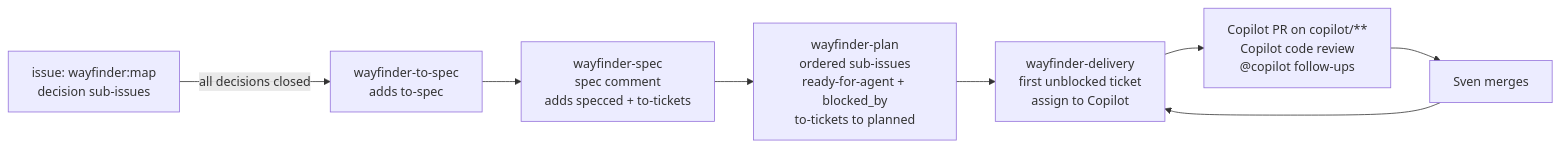
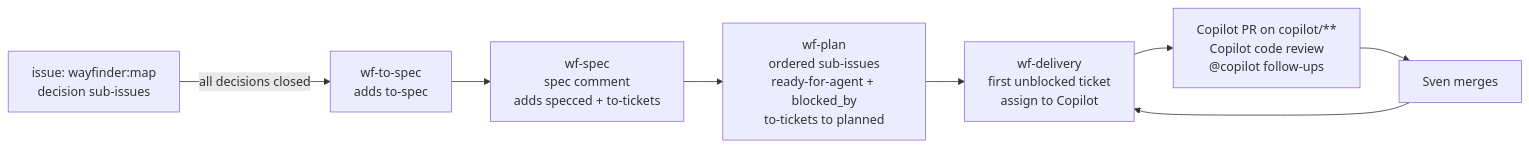
Before and after one commit to svennijhuis/agentic-workflows: the third of 3 diagrams in workflows/README.md, drawn with Mermaid. The commit also changed other lines of this file and 8 other files, not shown here.

Commit message:
wf chain: rename to wf-*, groups and markers; add to-spec and to-tickets skills from turbo-agent-skills-cli@122b266; README

````diff
--- a/workflows/README.md
+++ b/workflows/README.md
@@ -61,10 +63,10 @@
 ```mermaid
 flowchart LR
-  M[issue: wayfinder:map<br/>decision sub-issues] -->|all decisions closed| TS[wayfinder-to-spec<br/>adds to-spec]
-  TS --> SP[wayfinder-spec<br/>spec comment<br/>adds specced + to-tickets]
-  SP --> PL[wayfinder-plan<br/>ordered sub-issues<br/>ready-for-agent + blocked_by<br/>to-tickets to planned]
-  PL --> DL[wayfinder-delivery<br/>first unblocked ticket<br/>assign to Copilot]
+  M[issue: wayfinder:map<br/>decision sub-issues] -->|all decisions closed| TS[wf-to-spec<br/>adds to-spec]
+  TS --> SP[wf-spec<br/>spec comment<br/>adds specced + to-tickets]
+  SP --> PL[wf-plan<br/>ordered sub-issues<br/>ready-for-agent + blocked_by<br/>to-tickets to planned]
+  PL --> DL[wf-delivery<br/>first unblocked ticket<br/>assign to Copilot]
   DL --> PR[Copilot PR on copilot/**<br/>Copilot code review<br/>@copilot follow-ups]
   PR --> SV[Sven merges]
   SV --> DL
 ```
````
